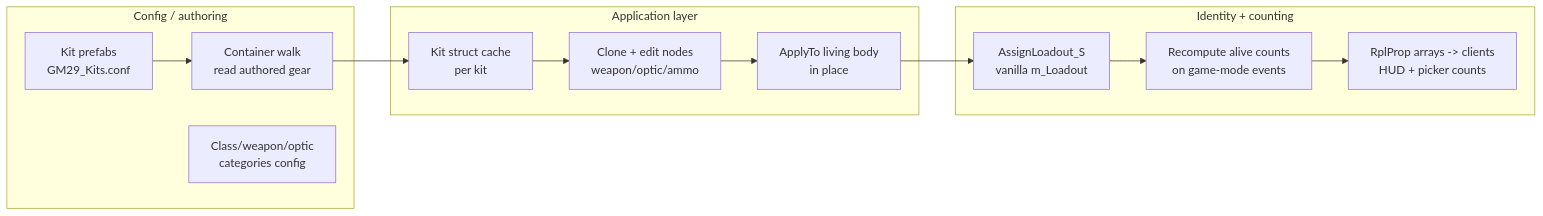
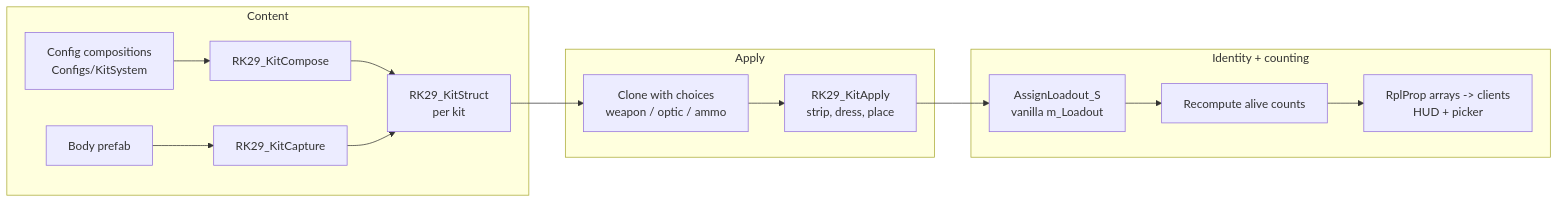
Before and after one commit to 29thinfantrydivision/29th-reforger-loadouts: the diagram in docs/29th-kit-system-design.md, drawn with Mermaid. The commit also changed other lines of this file and 20 other files, not shown here.

````diff
--- a/docs/29th-kit-system-design.md
+++ b/docs/29th-kit-system-design.md
@@ -80,17 +74,18 @@
 ```mermaid
 flowchart LR
-  subgraph Config["Config / authoring"]
-    A[Kit prefabs<br/>GM29_Kits.conf] --> B[Container walk<br/>read authored gear]
-    C[Class/weapon/optic<br/>categories config]
+  subgraph Content["Content"]
+    A[Config compositions<br/>Configs/KitSystem] --> B[RK29_KitCompose]
+    C[Body prefab] --> D[RK29_KitCapture]
+    B --> E[RK29_KitStruct<br/>per kit]
+    D --> E
   end
-  subgraph Apply["Application layer"]
-    B --> D[Kit struct cache<br/>per kit]
-    D --> E[Clone + edit nodes<br/>weapon/optic/ammo]
-    E --> F[ApplyTo living body<br/>in place]
+  subgraph Apply["Apply"]
+    E --> F[Clone with choices<br/>weapon / optic / ammo]
+    F --> G[RK29_KitApply<br/>strip, dress, place]
   end
   subgraph Identity["Identity + counting"]
-    F --> G[AssignLoadout_S<br/>vanilla m_Loadout]
-    G --> H[Recompute alive counts<br/>on game-mode events]
-    H --> I[RplProp arrays -> clients<br/>HUD + picker counts]
+    G --> H[AssignLoadout_S<br/>vanilla m_Loadout]
+    H --> I[Recompute alive counts]
+    I --> J[RplProp arrays -> clients<br/>HUD + picker]
   end
 ```
````
